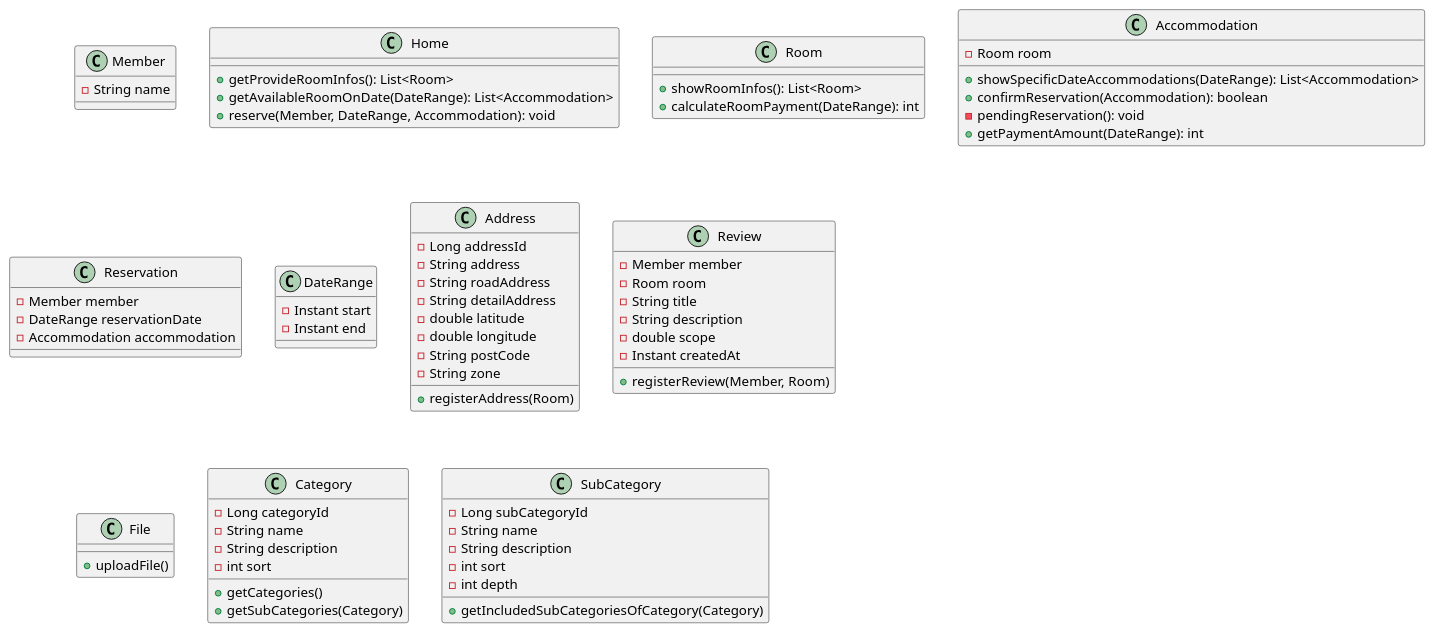
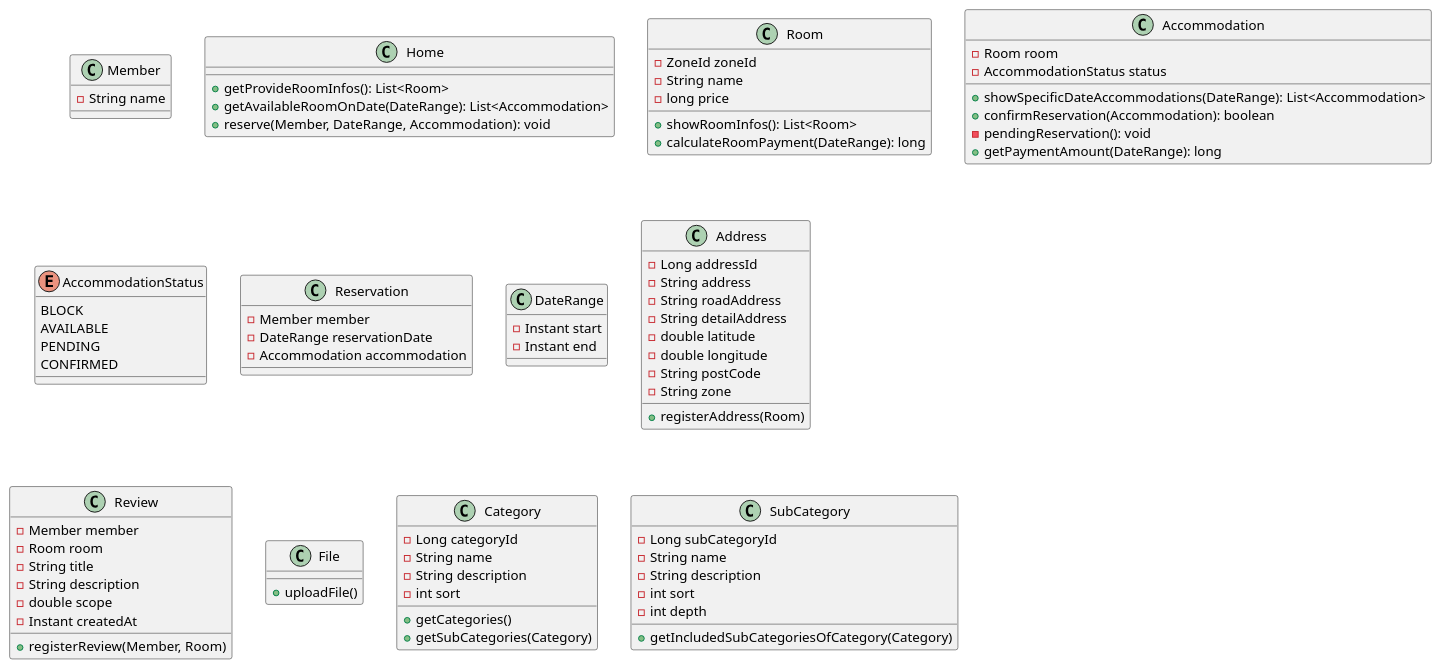
The diagram in class-diagram.puml (f-lab-edu/room-reservation-service), drawn with PlantUML before and after one commit. The commit also changed 4 other files, not shown here.

```diff
--- a/class-diagram.puml
+++ b/class-diagram.puml
@@ -1,80 +1,91 @@
 @startuml
 class Member {
   -String name
 }
 
 class Home {
   +getProvideRoomInfos(): List<Room>
   +getAvailableRoomOnDate(DateRange): List<Accommodation>
   +reserve(Member, DateRange, Accommodation): void
 }
 
 class Room {
+  -ZoneId zoneId
+  -String name
+  -long price
   +showRoomInfos(): List<Room>
-  +calculateRoomPayment(DateRange): int
+  +calculateRoomPayment(DateRange): long
 }
 
 class Accommodation {
   -Room room
+  -AccommodationStatus status
   +showSpecificDateAccommodations(DateRange): List<Accommodation>
   +confirmReservation(Accommodation): boolean
   -pendingReservation(): void
-  +getPaymentAmount(DateRange): int
+  +getPaymentAmount(DateRange): long
+}
+
+enum AccommodationStatus {
+  BLOCK
+  AVAILABLE
+  PENDING
+  CONFIRMED
 }
 
 class Reservation {
   -Member member
   -DateRange reservationDate
   -Accommodation accommodation
 }
 
 class DateRange {
   -Instant start
   -Instant end
 }
 
 class Address {
   -Long addressId
   -String address
   -String roadAddress
   -String detailAddress
   -double latitude
   -double longitude
   -String postCode
   -String zone
   +registerAddress(Room)
 }
 
 class Review {
   -Member member
   -Room room
   -String title
   -String description
   -double scope
   -Instant createdAt
   +registerReview(Member, Room)
 }
 
 class File {
   +uploadFile()
 }
 
 class Category {
   -Long categoryId
   -String name
   -String description
   -int sort
   +getCategories()
   +getSubCategories(Category)
 }
 
 class SubCategory {
   -Long subCategoryId
   -String name
   -String description
   -int sort
   -int depth
   +getIncludedSubCategoriesOfCategory(Category)
 }
 
 @enduml
```
